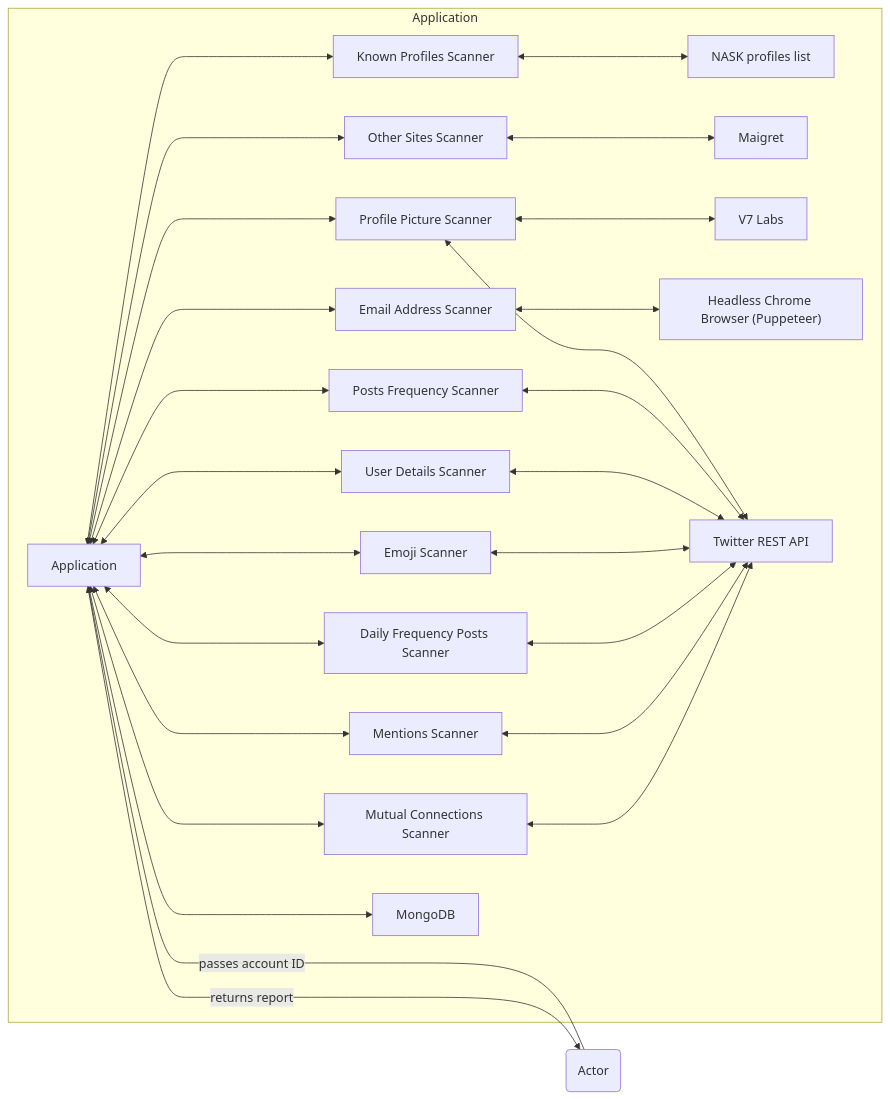
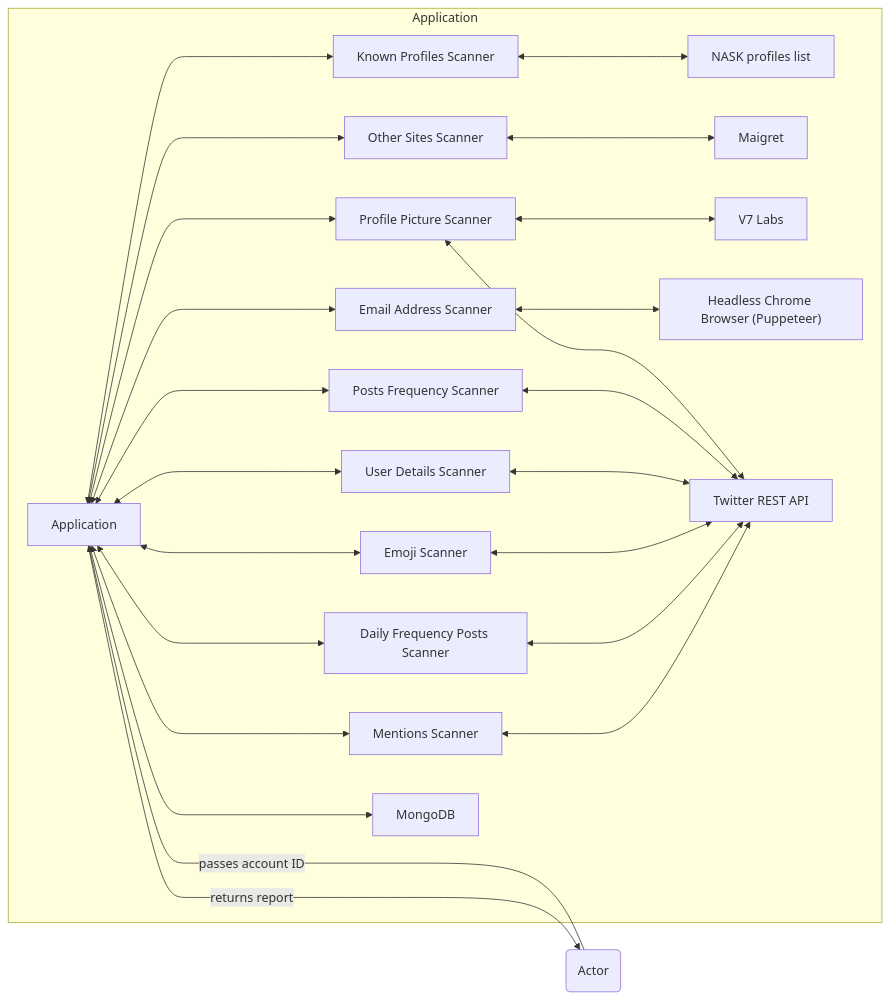
One commit to elszczepano/master-thesis-automation changed the first of 2 diagrams in README.md. Above: the diagram before and after it, drawn with Mermaid. The commit also changed other lines of this file and 4 other files, not shown here.

Commit message:
Get rid of mutual connections scanner

````diff
--- a/README.md
+++ b/README.md
@@ -30,29 +29,27 @@
 ```mermaid
 flowchart RL
     A(Actor) -- passes account ID ----> B[Application]
     B -- returns report --> A
     subgraph Application
         C[Profile Picture Scanner] <---> B
         E[Posts Frequency Scanner] <---> B
         F[User Details Scanner] <---> B
         G[Emoji Scanner] <---> B
         K[Daily Frequency Posts Scanner]  <---> B
         L[Mentions Scanner]  <---> B
         D[Email Address Scanner] <---> B
         N[Known Profiles Scanner] <---> B
         O[NASK profiles list] <---> N
-        P[Mutual Connections Scanner] <---> B
         R[Other Sites Scanner] <---> B
         S[Maigret] <---> R
         M[MongoDB] <---> B
         H[V7 Labs] <---> C
         I["Headless Chrome Browser (Puppeteer)"] <---> D
         J[Twitter REST API] <---> C
         J <---> E
         J <---> F
         J <---> G
         J <---> K
         J <---> L
-        J <---> P
     end
 ```
````
